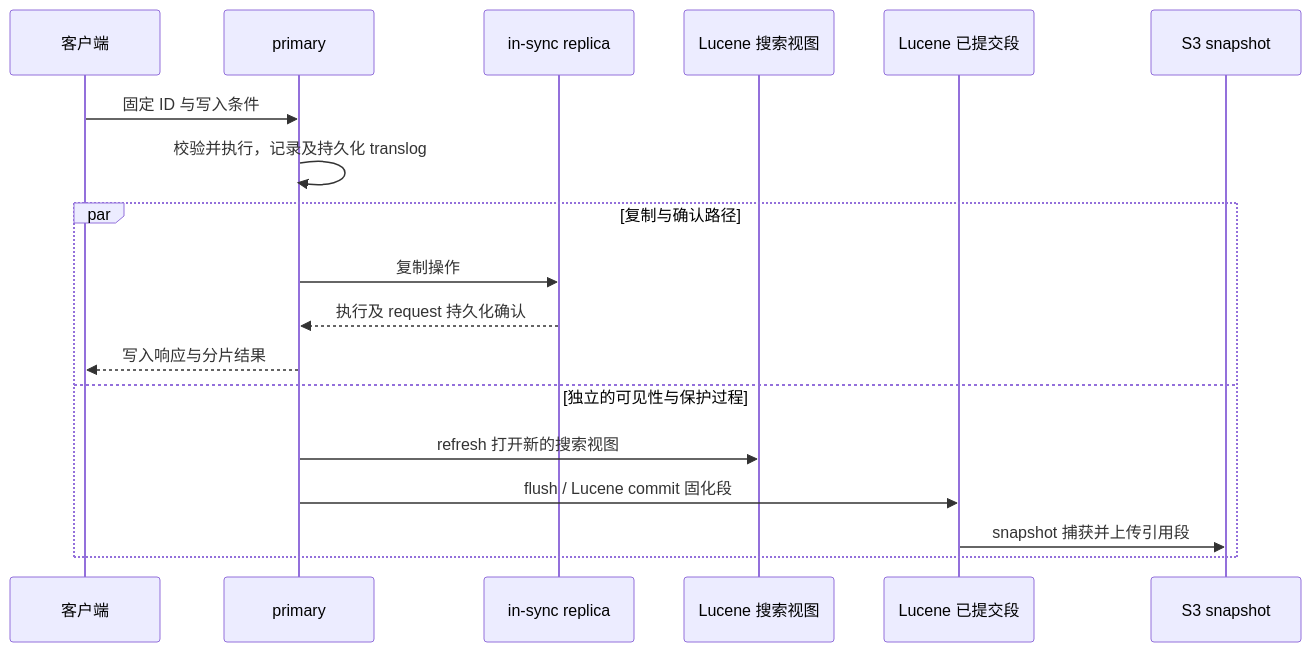
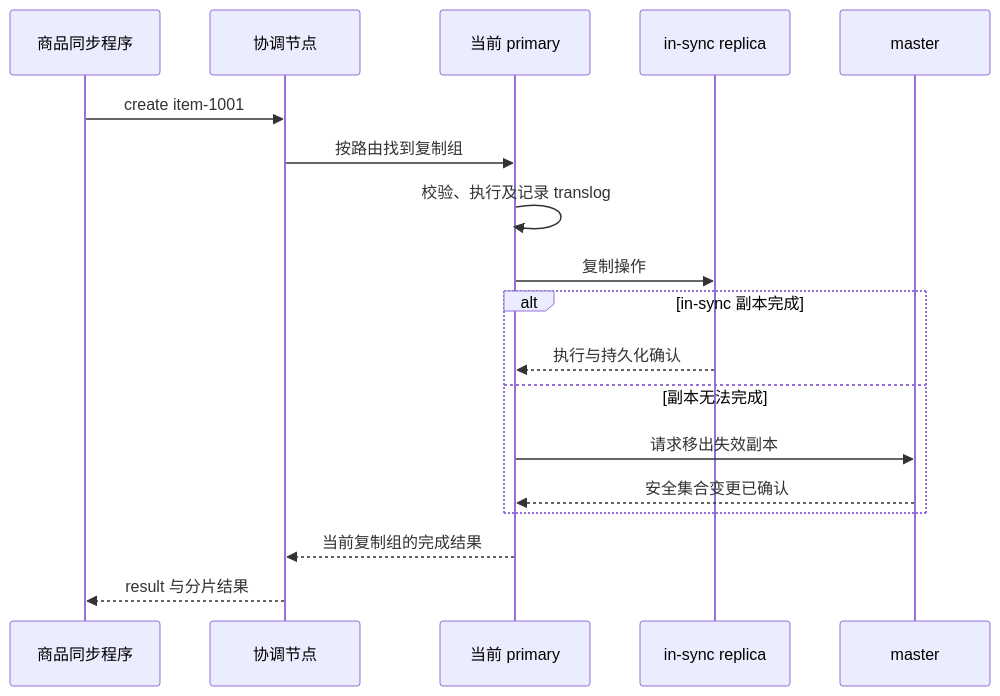
Before and after one commit to brinnatt/kubeauto: the fifth of 9 diagrams in docs/middleware/elasticsearch/technical-whitepaper.md, drawn with Mermaid. The commit also changed other lines of this file and 9 other files, not shown here.

````diff
--- a/docs/middleware/elasticsearch/technical-whitepaper.md
+++ b/docs/middleware/elasticsearch/technical-whitepaper.md
@@ -81,20 +148,20 @@
 ```mermaid
 sequenceDiagram
-    participant C as 客户端
-    participant P as primary
+    participant C as 商品同步程序
+    participant N as 协调节点
+    participant P as 当前 primary
     participant R as in-sync replica
-    participant L as Lucene 搜索视图
-    participant G as Lucene 已提交段
-    participant S as S3 snapshot
-    C->>P: 固定 ID 与写入条件
-    P->>P: 校验并执行，记录及持久化 translog
-    par 复制与确认路径
-        P->>R: 复制操作
-        R-->>P: 执行及 request 持久化确认
-        P-->>C: 写入响应与分片结果
-    and 独立的可见性与保护过程
-        P->>L: refresh 打开新的搜索视图
-        P->>G: flush / Lucene commit 固化段
-        G->>S: snapshot 捕获并上传引用段
+    participant M as master
+    C->>N: create item-1001
+    N->>P: 按路由找到复制组
+    P->>P: 校验、执行及记录 translog
+    P->>R: 复制操作
+    alt in-sync 副本完成
+        R-->>P: 执行与持久化确认
+    else 副本无法完成
+        P->>M: 请求移出失效副本
+        M-->>P: 安全集合变更已确认
     end
+    P-->>N: 当前复制组的完成结果
+    N-->>C: result 与分片结果
 ```
````
